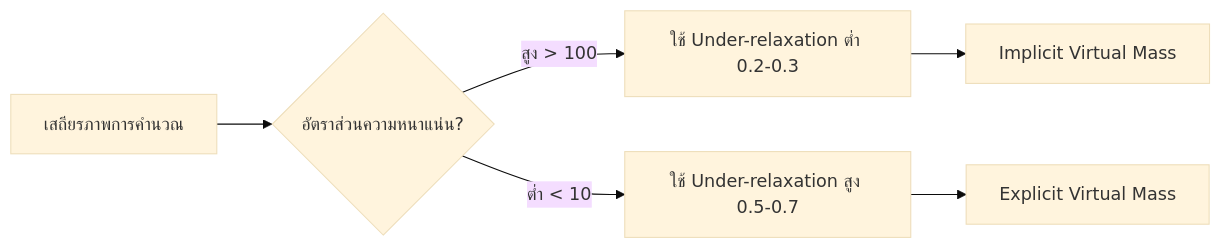
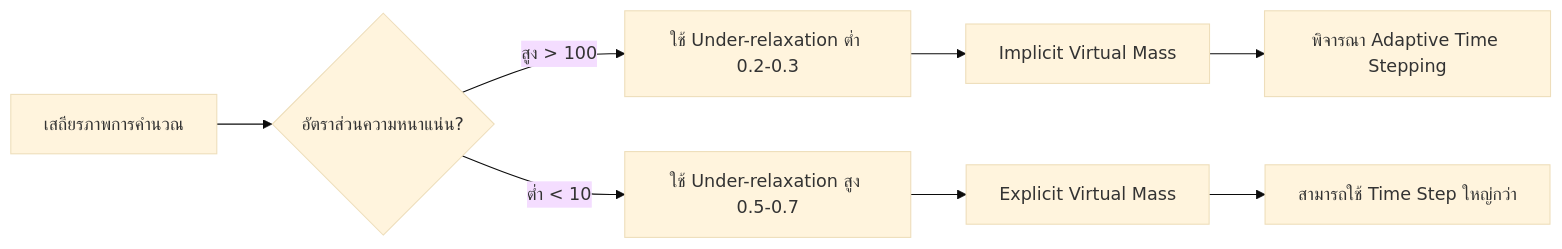
The fourth of 6 diagrams in MODULE_04_MULTIPHASE_FUNDAMENTALS/CONTENT/08_MODEL_SELECTION/05_Model_Selection_Flowchart.md (wramet/build-my-cfd), drawn with Mermaid (base theme) before and after one commit. The commit also changed other lines of this file and 297 other files, not shown here.

Commit message:
Add explanation under mermaid diagram

````diff
--- a/MODULE_04_MULTIPHASE_FUNDAMENTALS/CONTENT/08_MODEL_SELECTION/05_Model_Selection_Flowchart.md
+++ b/MODULE_04_MULTIPHASE_FUNDAMENTALS/CONTENT/08_MODEL_SELECTION/05_Model_Selection_Flowchart.md
@@ -42,9 +388,12 @@
 ```mermaid
 flowchart LR
     A[เสถียรภาพการคำนวณ] --> B{อัตราส่วนความหนาแน่น?}
     B -->|สูง > 100| C[ใช้ Under-relaxation ต่ำ 0.2-0.3]
     B -->|ต่ำ < 10| D[ใช้ Under-relaxation สูง 0.5-0.7]
-    
+
     C --> E[Implicit Virtual Mass]
     D --> F[Explicit Virtual Mass]
+
+    E --> G[พิจารณา Adaptive Time Stepping]
+    F --> H[สามารถใช้ Time Step ใหญ่กว่า]
 ```
````
